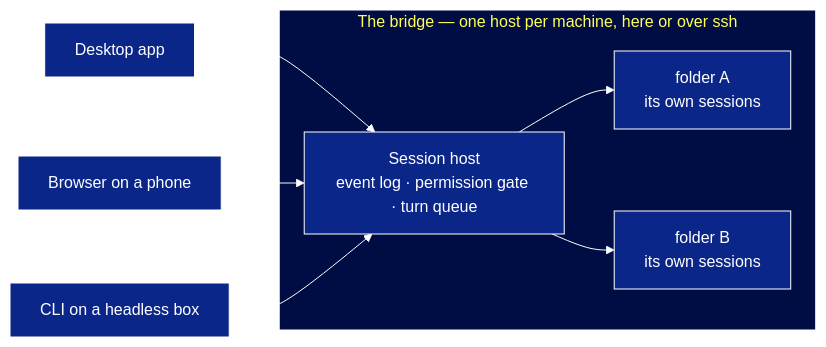
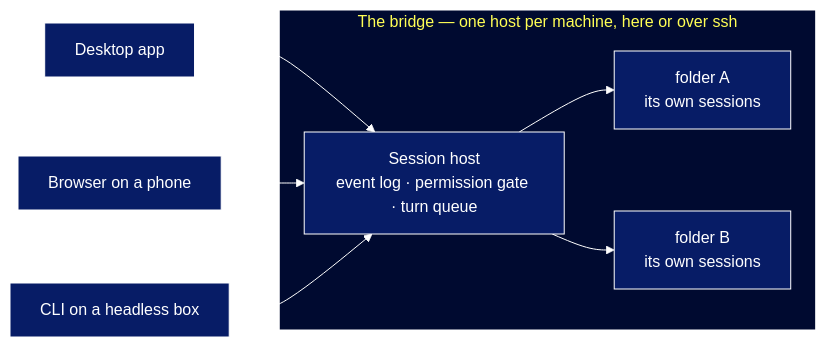
The diagram in README.md (YounghyeonPark/agbrte), drawn with Mermaid before and after one commit. The commit also changed other lines of this file and 13 other files, not shown here.

````diff
--- a/README.md
+++ b/README.md
@@ -17,13 +17,13 @@
 ```mermaid
-%%{init: {"theme": "base", "themeVariables": {"fontFamily": "ui-monospace, Consolas, monospace", "primaryColor": "#0a2688", "primaryTextColor": "#ffffff", "primaryBorderColor": "#ffffff", "lineColor": "#ffffff", "clusterBkg": "#000d45", "clusterBorder": "#ffffff", "titleColor": "#ffff55", "edgeLabelBackground": "#001a6e"}}}%%
+%%{init: {"theme": "base", "themeVariables": {"fontFamily": "ui-monospace, Consolas, monospace", "primaryColor": "#071c66", "primaryTextColor": "#ffffff", "primaryBorderColor": "#ffffff", "lineColor": "#ffffff", "clusterBkg": "#000a30", "clusterBorder": "#ffffff", "titleColor": "#ffff55", "edgeLabelBackground": "#00124f"}}}%%
 flowchart LR
   subgraph Bridge["The bridge — one host per machine, here or over ssh"]
     Host["Session host<br/>event log · permission gate · turn queue"]
     Host --> WA["folder A<br/>its own sessions"]
     Host --> WB["folder B<br/>its own sessions"]
   end
 
   App["Desktop app"] --> Host
   Web["Browser on a phone"] --> Host
   Cli["CLI on a headless box"] --> Host
 ```
````
